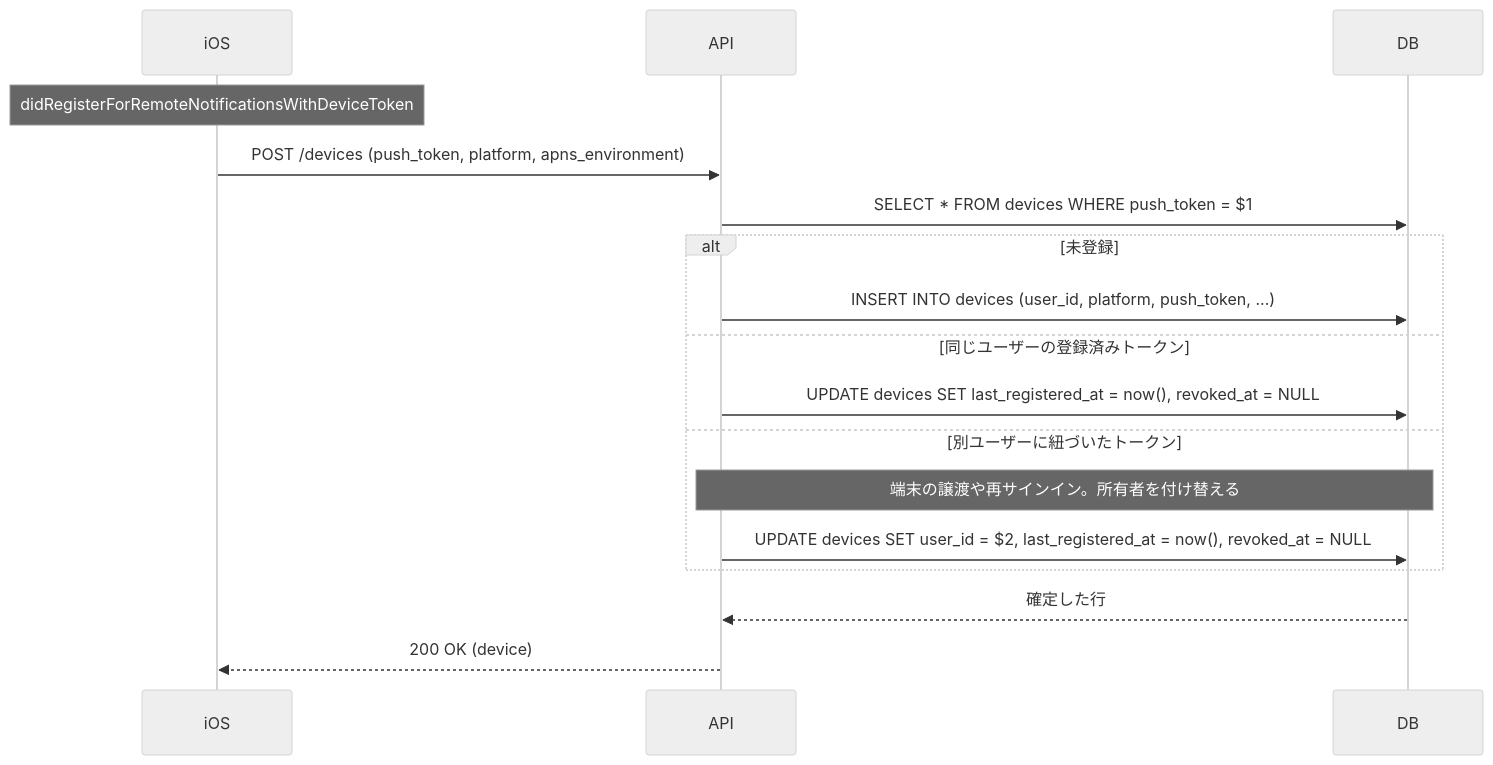
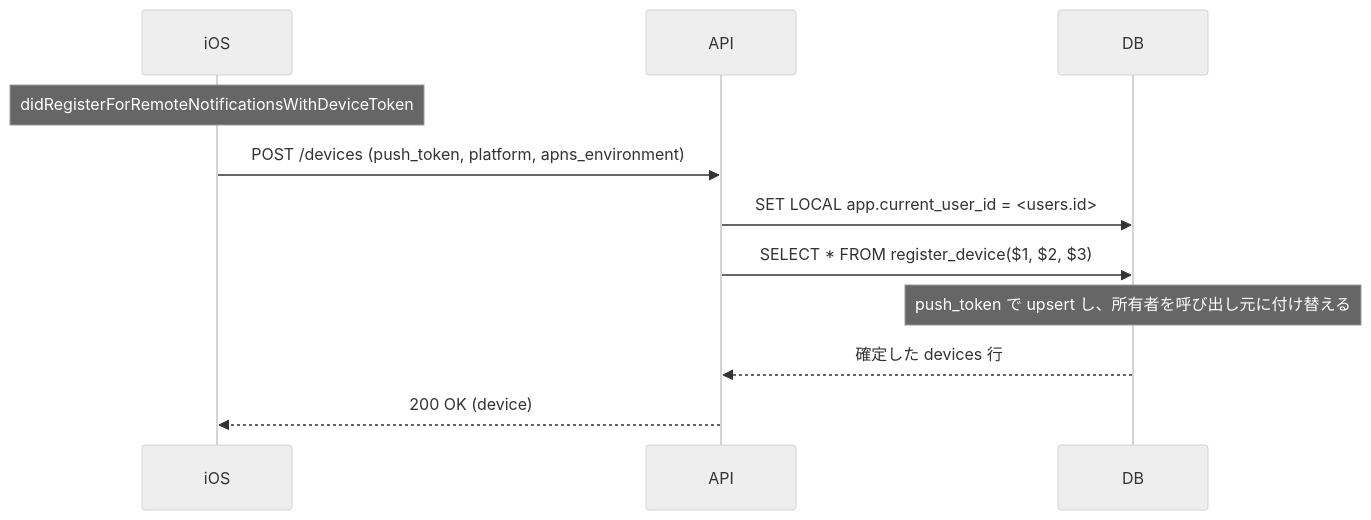
Before and after one commit to sawakishuto/himasoku-go: the third of 4 diagrams in docs/usecases/onboarding.md, drawn with Mermaid (neutral theme). The commit also changed other lines of this file and 1 other file, not shown here.

````diff
--- a/docs/usecases/onboarding.md
+++ b/docs/usecases/onboarding.md
@@ -85,22 +174,15 @@
 ```mermaid
 sequenceDiagram
     participant iOS
     participant API
     participant DB
 
     Note over iOS: didRegisterForRemoteNotificationsWithDeviceToken
     iOS->>API: POST /devices (push_token, platform, apns_environment)
-    API->>DB: SELECT * FROM devices WHERE push_token = $1
+    API->>DB: SET LOCAL app.current_user_id = <users.id>
+    API->>DB: SELECT * FROM register_device($1, $2, $3)
 
-    alt 未登録
-        API->>DB: INSERT INTO devices (user_id, platform, push_token, ...)
-    else 同じユーザーの登録済みトークン
-        API->>DB: UPDATE devices SET last_registered_at = now(), revoked_at = NULL
-    else 別ユーザーに紐づいたトークン
-        Note over API,DB: 端末の譲渡や再サインイン。所有者を付け替える
-        API->>DB: UPDATE devices SET user_id = $2, last_registered_at = now(), revoked_at = NULL
-    end
-
-    DB-->>API: 確定した行
+    Note over DB: push_token で upsert し、所有者を呼び出し元に付け替える
+    DB-->>API: 確定した devices 行
     API-->>iOS: 200 OK (device)
 ```
````
